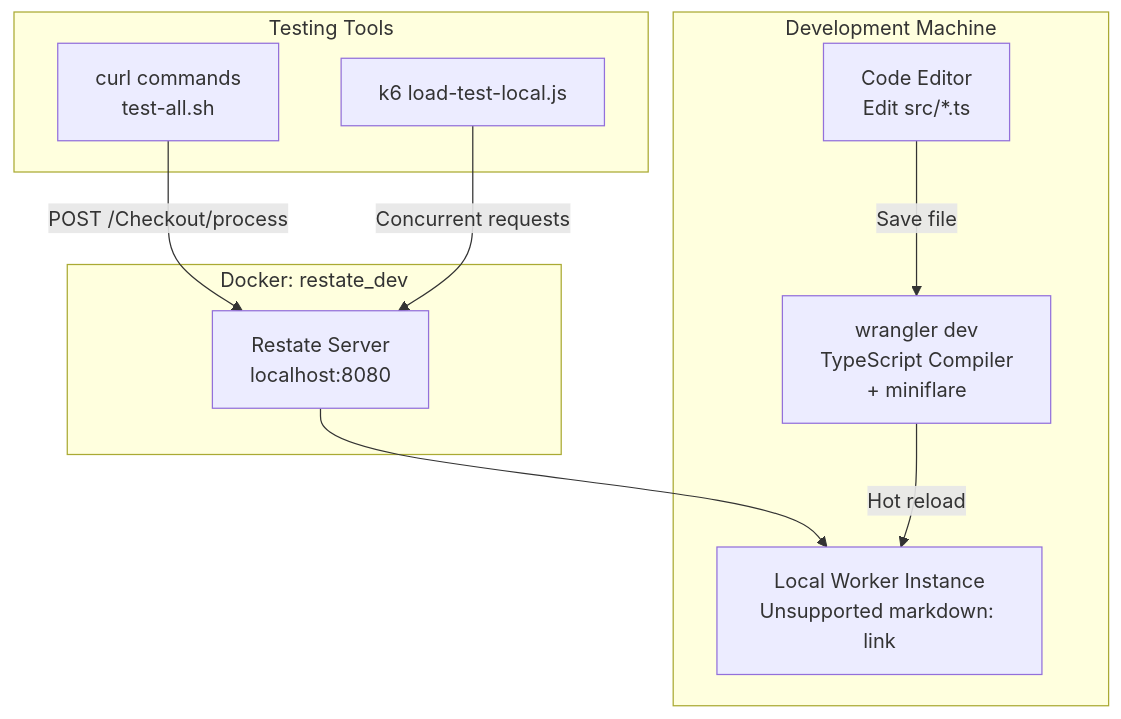
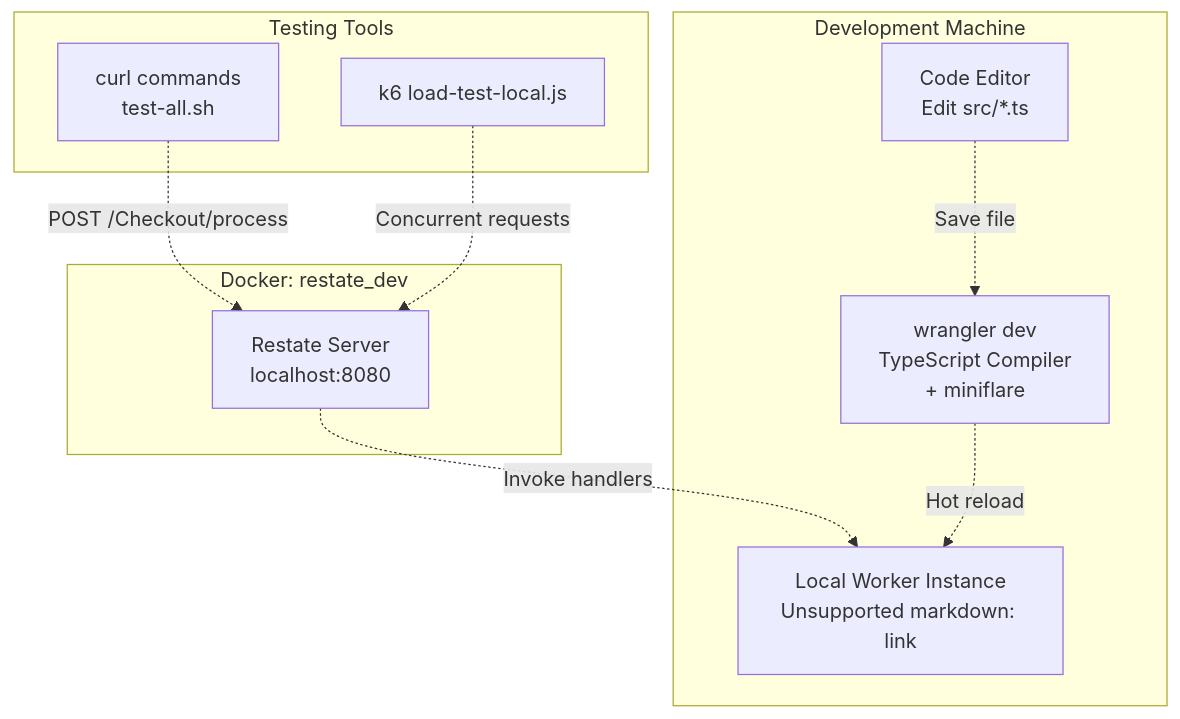
The second of 5 diagrams in docs/deepwiki/Local-Development-Setup.md (philipz/restate-cloudflare-workers-poc), drawn with Mermaid before and after one commit. The commit also changed other lines of this file and 27 other files, not shown here.

````diff
--- a/docs/deepwiki/Local-Development-Setup.md
+++ b/docs/deepwiki/Local-Development-Setup.md
@@ -131,31 +131,31 @@
 ```mermaid
 flowchart TD
 
 CodeEditor["Code Editor<br>Edit src/*.ts"]
 WranglerCLI["wrangler dev<br>TypeScript Compiler<br>+ miniflare"]
 LocalWorker["Local Worker Instance<br>Unsupported markdown: link"]
 RestateServer["Restate Server<br>localhost:8080"]
 CurlTest["curl commands<br>test-all.sh"]
 K6Load["k6 load-test-local.js"]
 
-RestateServer --> LocalWorker
-CurlTest -->|"POST /Checkout/process"| RestateServer
-K6Load -->|"Concurrent requests"| RestateServer
+RestateServer -.->|"Invoke handlers"| LocalWorker
+CurlTest -.->|"POST /Checkout/process"| RestateServer
+K6Load -.->|"Concurrent requests"| RestateServer
 
 subgraph subGraph2 ["Testing Tools"]
     CurlTest
     K6Load
 end
 
 subgraph subGraph1 ["Docker: restate_dev"]
     RestateServer
 end
 
 subgraph subGraph0 ["Development Machine"]
     CodeEditor
     WranglerCLI
     LocalWorker
-    CodeEditor -->|"Save file"| WranglerCLI
-    WranglerCLI -->|"Hot reload"| LocalWorker
+    CodeEditor -.->|"Save file"| WranglerCLI
+    WranglerCLI -.->|"Hot reload"| LocalWorker
 end
 ```
````
